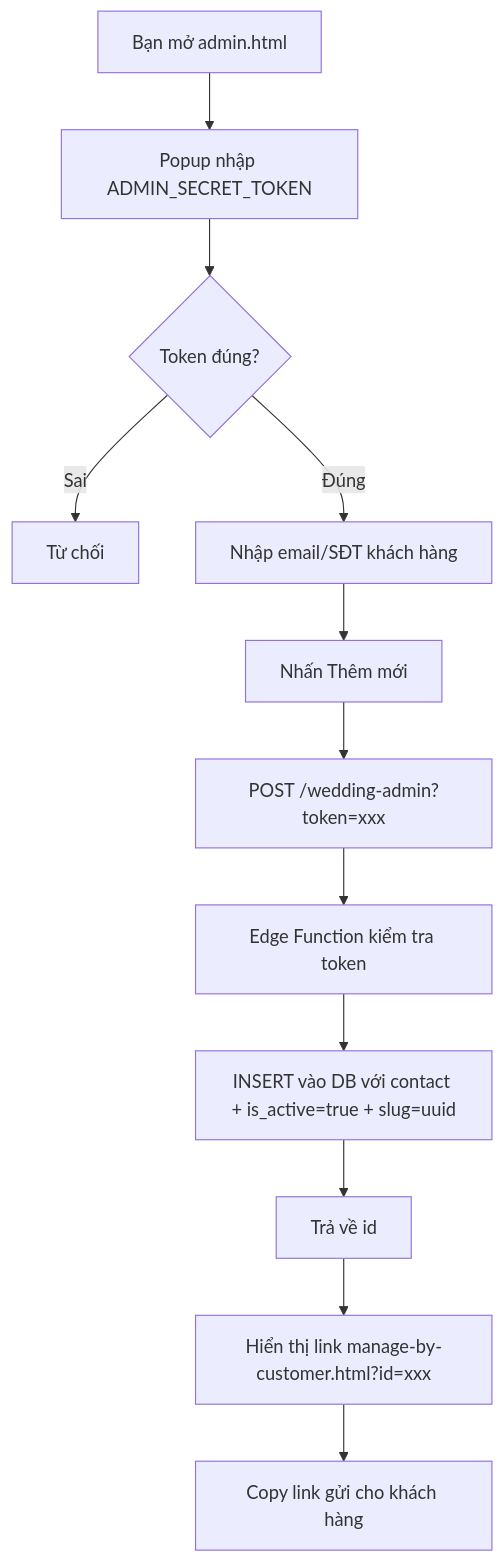
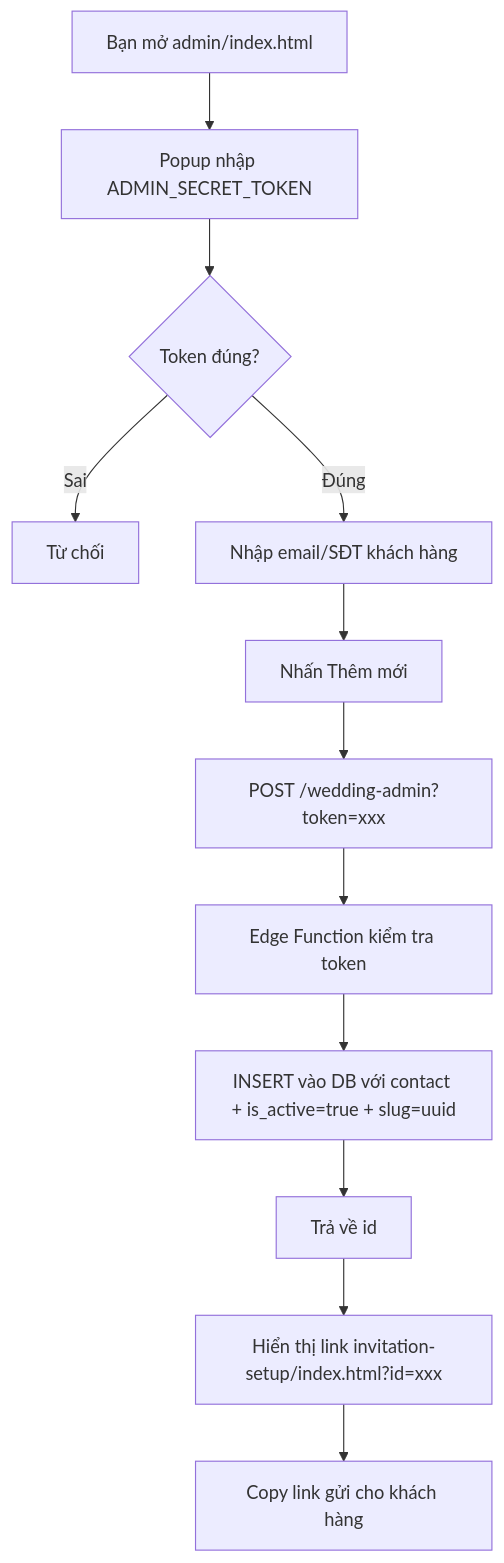
The first of 4 diagrams in documents/ARCHITECTURE.md (cuoixinh/cuoixinh.github.io), drawn with Mermaid before and after one commit. The commit also changed other lines of this file and 27 other files, not shown here.

````diff
--- a/documents/ARCHITECTURE.md
+++ b/documents/ARCHITECTURE.md
@@ -46,14 +46,14 @@
 ```mermaid
 flowchart TD
-    A[Bạn mở admin.html] --> B[Popup nhập ADMIN_SECRET_TOKEN]
+    A[Bạn mở admin/index.html] --> B[Popup nhập ADMIN_SECRET_TOKEN]
     B --> C{Token đúng?}
     C -->|Sai| D[Từ chối]
     C -->|Đúng| E[Nhập email/SĐT khách hàng]
     E --> F[Nhấn Thêm mới]
     F --> G[POST /wedding-admin?token=xxx]
     G --> H[Edge Function kiểm tra token]
     H --> I[INSERT vào DB với contact + is_active=true + slug=uuid]
     I --> J[Trả về id]
-    J --> K[Hiển thị link manage-by-customer.html?id=xxx]
+    J --> K[Hiển thị link invitation-setup/index.html?id=xxx]
     K --> L[Copy link gửi cho khách hàng]
 ```
````
